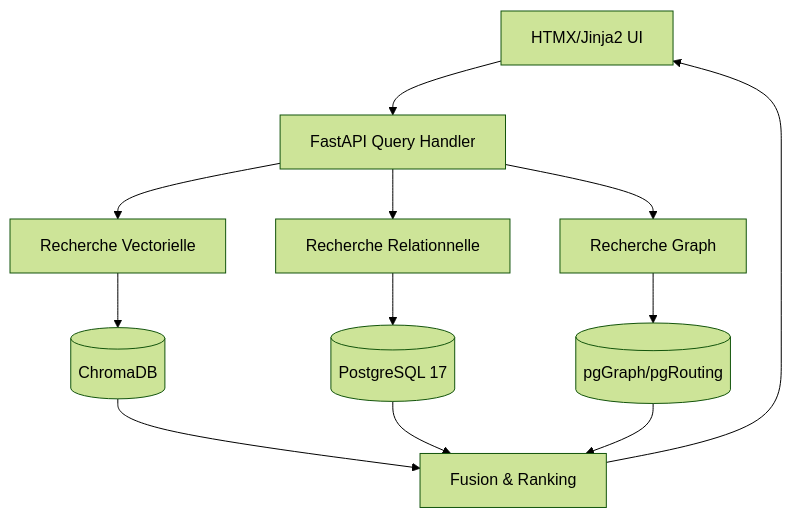
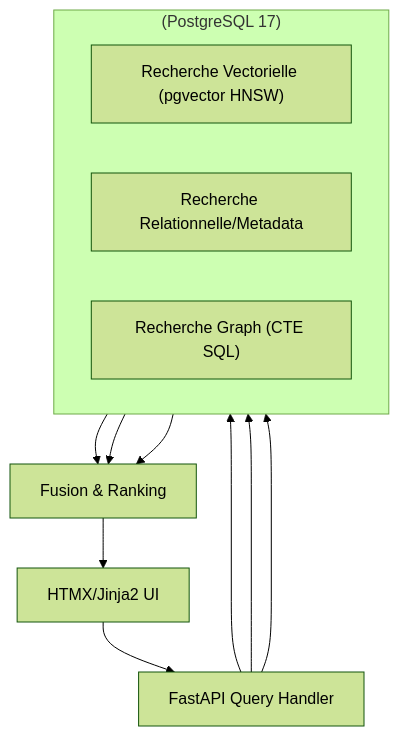
The second of 3 diagrams in docs/Document Architecture.md (giak/mnemo-lite), drawn with Mermaid (forest theme) before and after one commit. The commit also changed other lines of this file and 7 other files, not shown here.

````diff
--- a/docs/Document Architecture.md
+++ b/docs/Document Architecture.md
@@ -28,11 +40,21 @@
 ```mermaid
 flowchart TD
   UI["HTMX/Jinja2 UI"] --> FastAPI_Query["FastAPI Query Handler"]
-  FastAPI_Query --> SearchVector["Recherche Vectorielle"] --> ChromaDB[("ChromaDB")]
-  FastAPI_Query --> SearchSQL["Recherche Relationnelle"] --> PostgreSQL[("PostgreSQL 17")]
-  FastAPI_Query --> SearchGraph["Recherche Graph"] --> pgGraph[("pgGraph/pgRouting")]
-  ChromaDB --> Fusion["Fusion & Ranking"]
-  PostgreSQL --> Fusion
-  pgGraph --> Fusion
+  
+  subgraph PostgreSQL_17 ["(PostgreSQL 17)"]
+     direction LR
+     PG_VectorSearch["Recherche Vectorielle (pgvector HNSW)"]
+     PG_SQLSearch["Recherche Relationnelle/Metadata"]
+     PG_GraphSearch["Recherche Graph (CTE SQL)"]
+  end
+
+  FastAPI_Query --> PG_VectorSearch
+  FastAPI_Query --> PG_SQLSearch
+  FastAPI_Query --> PG_GraphSearch
+
+  PG_VectorSearch --> Fusion["Fusion & Ranking"]
+  PG_SQLSearch --> Fusion
+  PG_GraphSearch --> Fusion
+  
   Fusion --> UI
 ```
````
